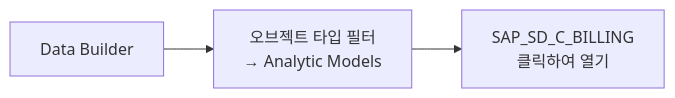
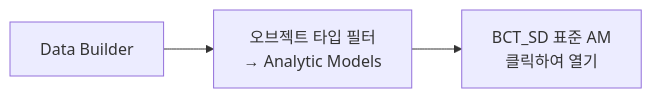
The second of 7 diagrams in labs/lab3-standard-analytic-model.md (youngseols925/sap-datasphere-bdc-workshop), drawn with Mermaid before and after one commit. The commit also changed other lines of this file and 5 other files, not shown here.

````diff
--- a/labs/lab3-standard-analytic-model.md
+++ b/labs/lab3-standard-analytic-model.md
@@ -49,5 +49,5 @@
 ```mermaid
 flowchart LR
     A["Data Builder"] --> B["오브젝트 타입 필터\n→ Analytic Models"]
-    B --> C["SAP_SD_C_BILLING\n클릭하여 열기"]
+    B --> C["BCT_SD 표준 AM\n클릭하여 열기"]
 ```
````
